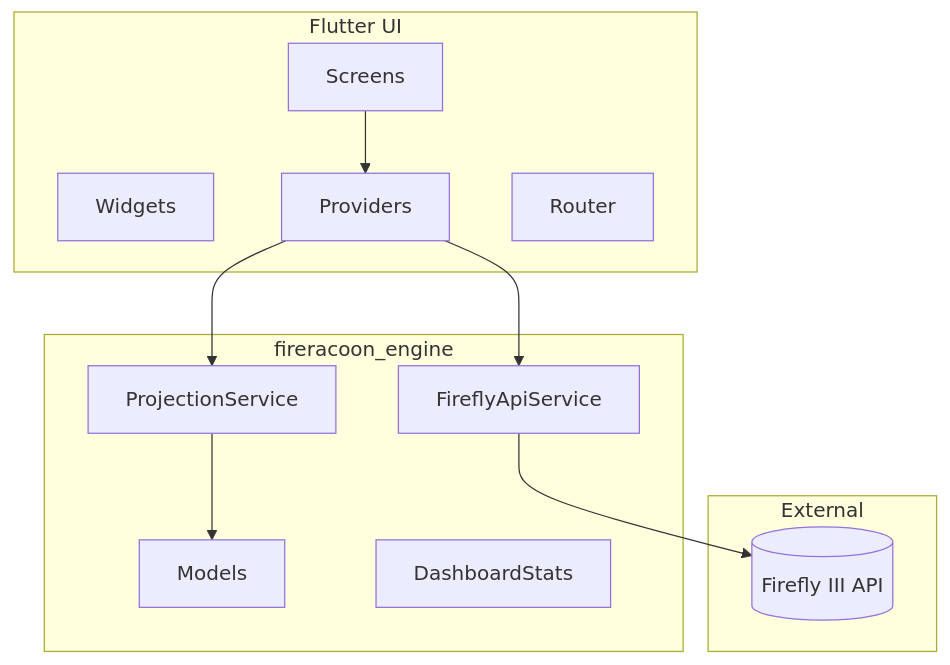
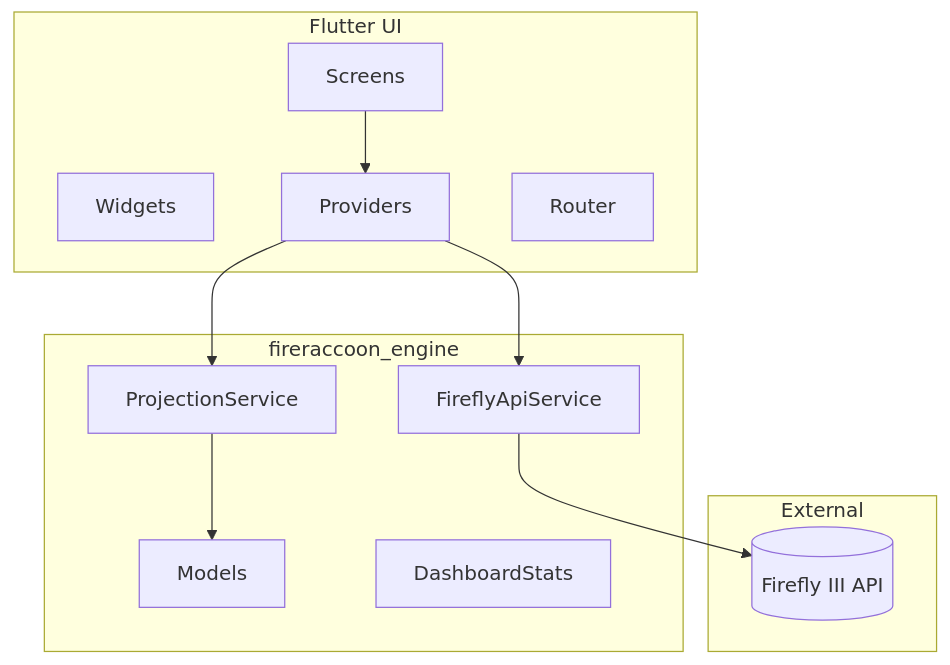
One commit to kodsama/FireRaccoon changed the diagram in docs/architecture.md. Above: the diagram before and after it, drawn with Mermaid. The commit also changed other lines of this file and 404 other files, not shown here.

````diff
--- a/docs/architecture.md
+++ b/docs/architecture.md
@@ -32,26 +32,26 @@
 ```mermaid
 flowchart TB
     subgraph ui [Flutter UI]
         Screens
         Widgets
         Providers
         Router
     end
 
-    subgraph engine [fireracoon_engine]
+    subgraph engine [fireraccoon_engine]
         Models
         FireflyApiService
         ProjectionService
         DashboardStats
     end
 
     subgraph external [External]
         FireflyIII[(Firefly III API)]
     end
 
     Screens --> Providers
     Providers --> FireflyApiService
     Providers --> ProjectionService
     FireflyApiService --> FireflyIII
     ProjectionService --> Models
 ```
````
